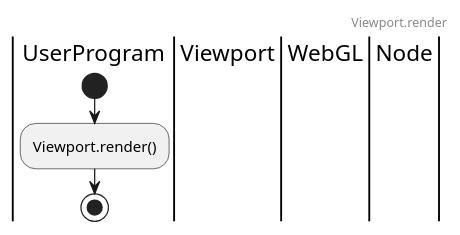
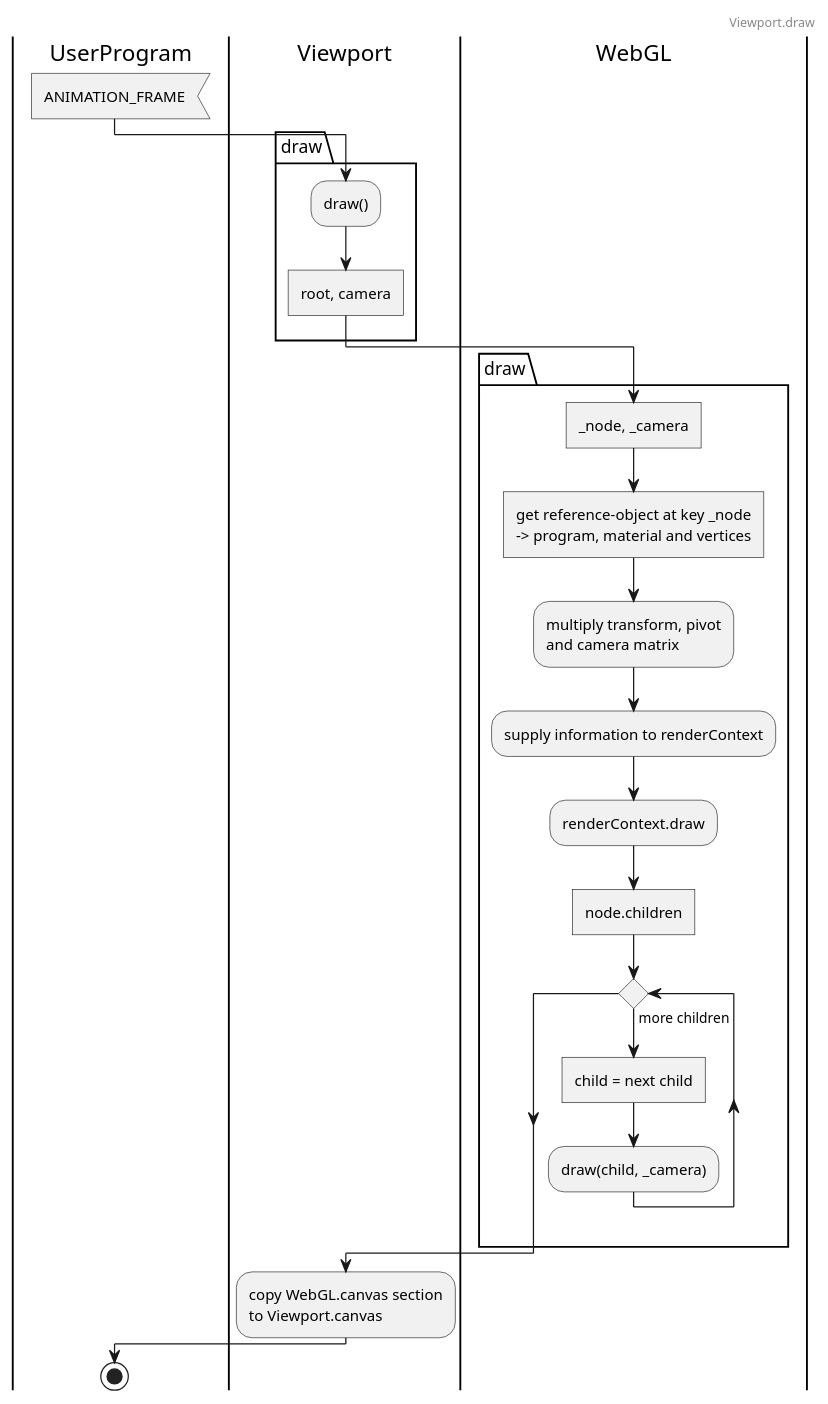
One commit to JirkaDellOro/FUDGE changed the diagram in Design/WebGL_Proposal_Viewport.puml. Above: the diagram before and after it, drawn with PlantUML.

```diff
--- a/Design/WebGL_Proposal_Viewport.puml
+++ b/Design/WebGL_Proposal_Viewport.puml
@@ -1,14 +1,35 @@
-@startuml Viewport.render
-header 
-Viewport.render
+@startuml Viewport.draw
+header
+    Viewport.draw
 endheader
 |UserProgram|
 |Viewport|
 |WebGL|
-|Node|
 |UserProgram|
-start
-:Viewport.render();
+:ANIMATION_FRAME<
+|Viewport|
+package draw {
+    :draw();
+    :root, camera]
+}
+|WebGL|
+package draw {
+    :_node, _camera]
+    :get reference-object at key _node
+    -> program, material and vertices]
+    :multiply transform, pivot
+    and camera matrix;
+    :supply information to renderContext;
+    :renderContext.draw;
+    :node.children]
+    while () is (more children)
+        :child = next child]
+        :draw(child, _camera);
+    endwhile
+}
+|Viewport|
+:copy WebGL.canvas section
+to Viewport.canvas;
 |UserProgram|
 stop
 @enduml
```
